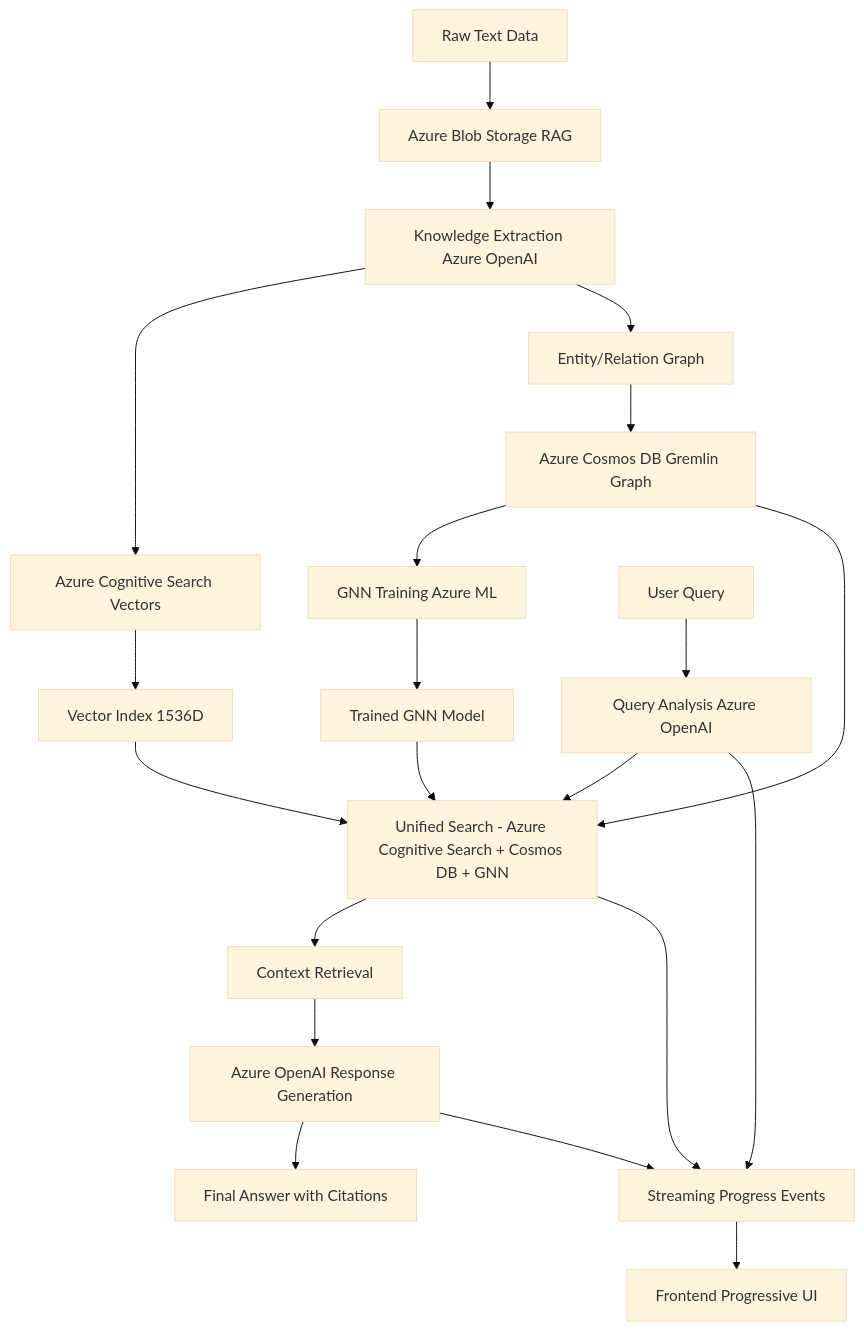
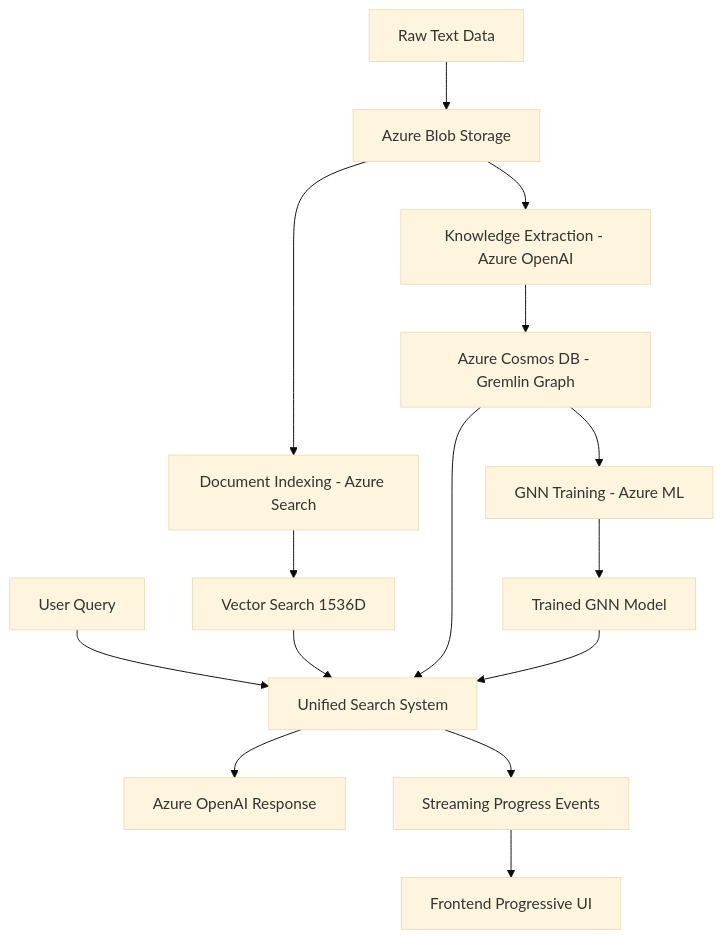
Before and after one commit to david3xu/azure-maintie-rag: the diagram in README.md, drawn with Mermaid (base theme). The commit also changed other lines of this file and 272 other files, not shown here.

````diff
--- a/README.md
+++ b/README.md
@@ -643,25 +133,19 @@
 ```mermaid
 flowchart TD
-    A[Raw Text Data] --> B["Azure Blob Storage RAG"]
-    B --> C[Knowledge Extraction Azure OpenAI]
-    C --> D[Azure Cognitive Search Vectors]
-    C --> E[Entity/Relation Graph]
-    D --> F[Vector Index 1536D]
-    E --> G[Azure Cosmos DB Gremlin Graph]
-    G --> H[GNN Training Azure ML]
-    H --> I[Trained GNN Model]
-    J[User Query] --> K[Query Analysis Azure OpenAI]
-    K --> L[Unified Search - Azure Cognitive Search + Cosmos DB + GNN]
-    G --> L
-    F --> L
-    I --> L
-    L --> M[Context Retrieval]
-    M --> N[Azure OpenAI Response Generation]
-    N --> O[Final Answer with Citations]
-
+    A[Raw Text Data] --> B[Azure Blob Storage]
+    B --> C1[Document Indexing - Azure Search]
+    B --> C2[Knowledge Extraction - Azure OpenAI]
+    C1 --> D[Vector Search 1536D]
+    C2 --> E[Azure Cosmos DB - Gremlin Graph]
+    E --> G[GNN Training - Azure ML]
+    G --> H[Trained GNN Model]
+    I[User Query] --> J[Unified Search System]
+    D --> J
+    E --> J
+    H --> J
+    J --> K[Azure OpenAI Response]
+    
     %% Real-time streaming
-    K --> P[Streaming Progress Events]
-    L --> P
-    N --> P
-    P --> Q[Frontend Progressive UI]
+    J --> L[Streaming Progress Events]
+    L --> M[Frontend Progressive UI]
 ```
````
